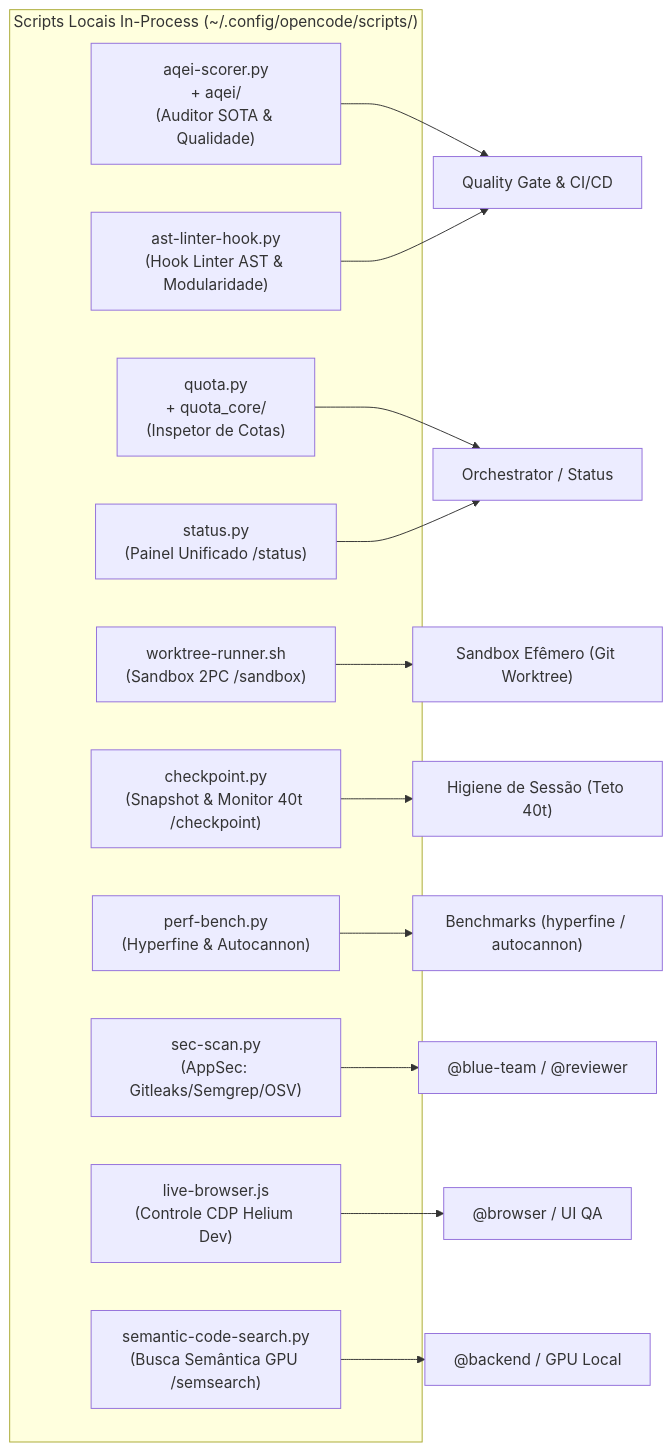
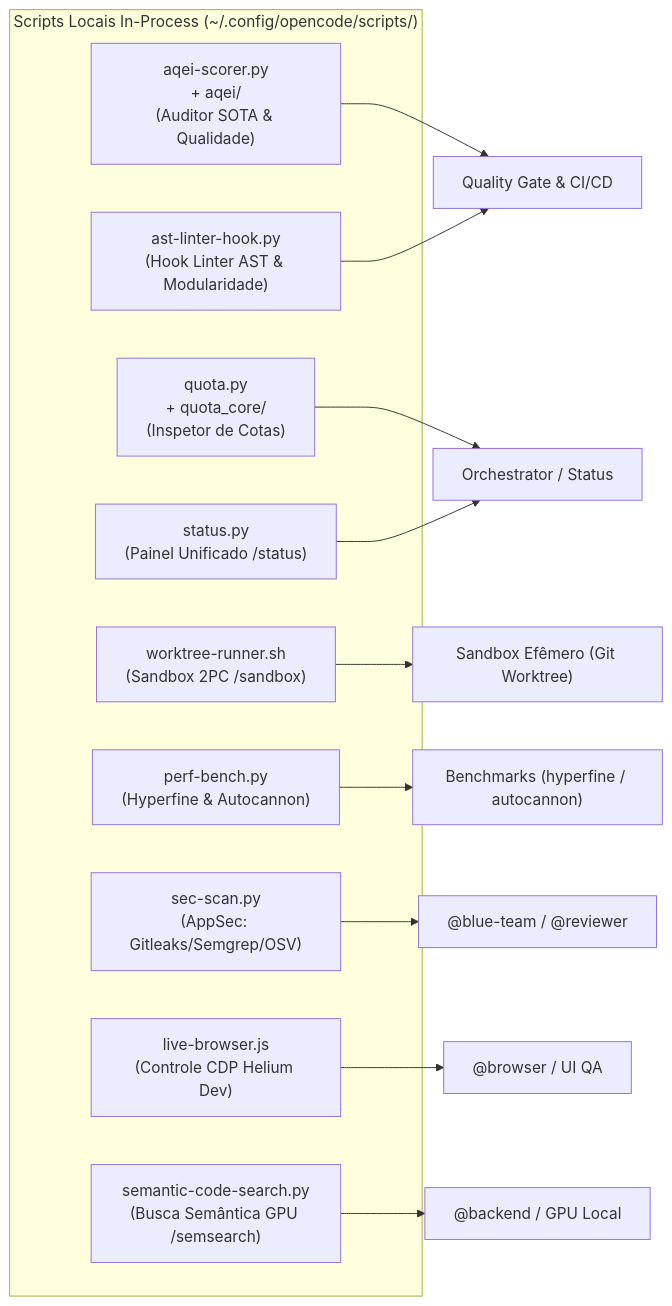
Before and after one commit to Caio2a7/dotfiles: the diagram in opencode/.config/opencode/docs/TOOLING_CATALOG.md, drawn with Mermaid. The commit also changed other lines of this file and 1 other file, not shown here.

Commit message:
refactor(opencode): remove checkpoint.py e documenta /handoff e /resume

````diff
--- a/opencode/.config/opencode/docs/TOOLING_CATALOG.md
+++ b/opencode/.config/opencode/docs/TOOLING_CATALOG.md
@@ -9,26 +9,24 @@
 ```mermaid
 graph LR
     subgraph Suite_Scripts["Scripts Locais In-Process (~/.config/opencode/scripts/)"]
         AQEI["aqei-scorer.py\n+ aqei/\n(Auditor SOTA & Qualidade)"]
         Quota["quota.py\n+ quota_core/\n(Inspetor de Cotas)"]
         Status["status.py\n(Painel Unificado /status)"]
         Worktree["worktree-runner.sh\n(Sandbox 2PC /sandbox)"]
         ASTLint["ast-linter-hook.py\n(Hook Linter AST & Modularidade)"]
-        Checkpoint["checkpoint.py\n(Snapshot & Monitor 40t /checkpoint)"]
         PerfBench["perf-bench.py\n(Hyperfine & Autocannon)"]
         SecScan["sec-scan.py\n(AppSec: Gitleaks/Semgrep/OSV)"]
         LiveBrowser["live-browser.js\n(Controle CDP Helium Dev)"]
         SemSearch["semantic-code-search.py\n(Busca Semântica GPU /semsearch)"]
     end
 
     AQEI --> QualityGate["Quality Gate & CI/CD"]
     ASTLint --> QualityGate
     Quota --> Orchestrator["Orchestrator / Status"]
     Status --> Orchestrator
     Worktree --> Isolation["Sandbox Efêmero (Git Worktree)"]
-    Checkpoint --> ContextEconomy["Higiene de Sessão (Teto 40t)"]
     PerfBench --> Bench["Benchmarks (hyperfine / autocannon)"]
     SecScan --> BlueTeam["@blue-team / @reviewer"]
     LiveBrowser --> Browser["@browser / UI QA"]
     SemSearch --> Backend["@backend / GPU Local"]
 ```
````
